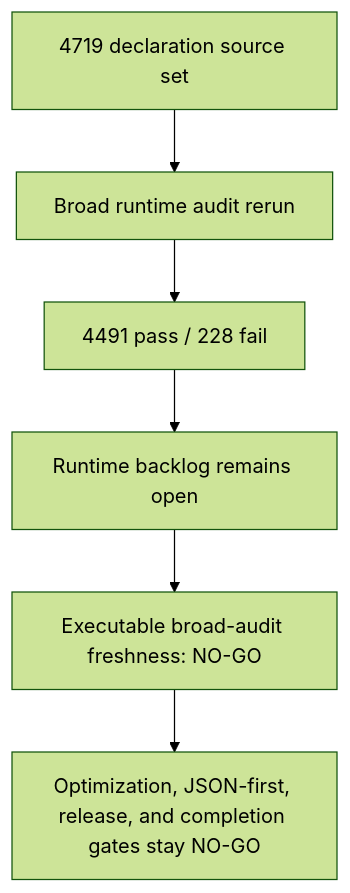
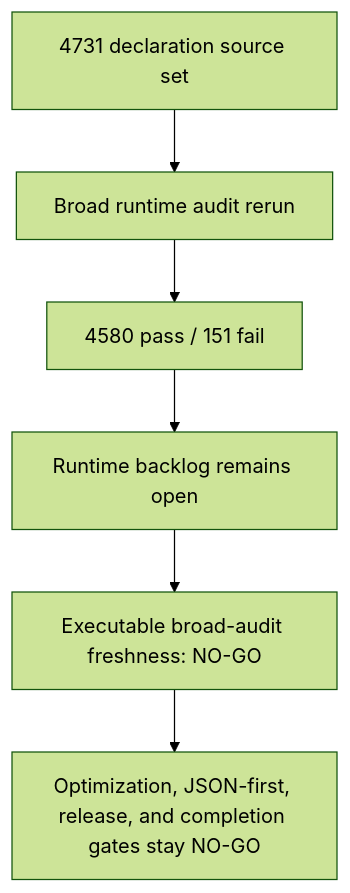
Before and after one commit to varshneydevansh/FilterTube: the sixth of 6 diagrams in docs/audit/FILTERTUBE_AUDIT_COMPLETION_GAP_REGISTER_2026-05-20.md, drawn with Mermaid (forest theme). The commit also changed other lines of this file and 86 other files, not shown here.

````diff
--- a/docs/audit/FILTERTUBE_AUDIT_COMPLETION_GAP_REGISTER_2026-05-20.md
+++ b/docs/audit/FILTERTUBE_AUDIT_COMPLETION_GAP_REGISTER_2026-05-20.md
@@ -1984,8 +1994,8 @@
 ```mermaid
 flowchart TD
-  A["4719 declaration source set"] --> B["Broad runtime audit rerun"]
-  B --> C["4491 pass / 228 fail"]
+  A["4731 declaration source set"] --> B["Broad runtime audit rerun"]
+  B --> C["4580 pass / 151 fail"]
   C --> D["Runtime backlog remains open"]
   D --> E["Executable broad-audit freshness: NO-GO"]
   E --> F["Optimization, JSON-first, release, and completion gates stay NO-GO"]
 ```
````
